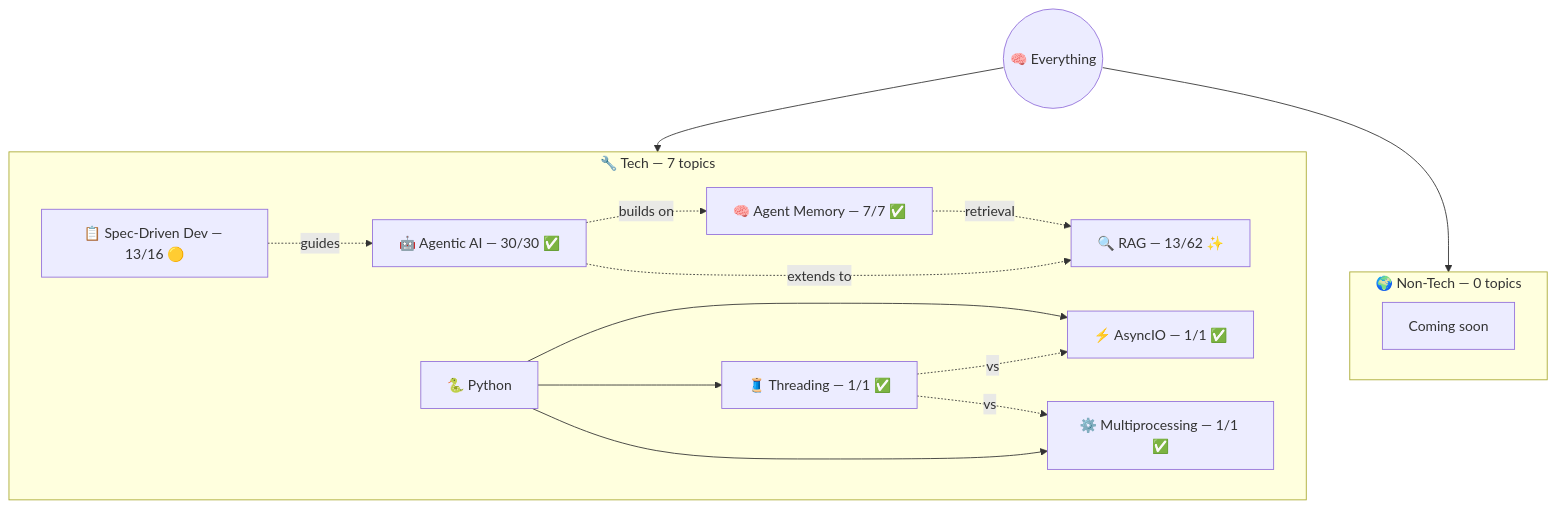
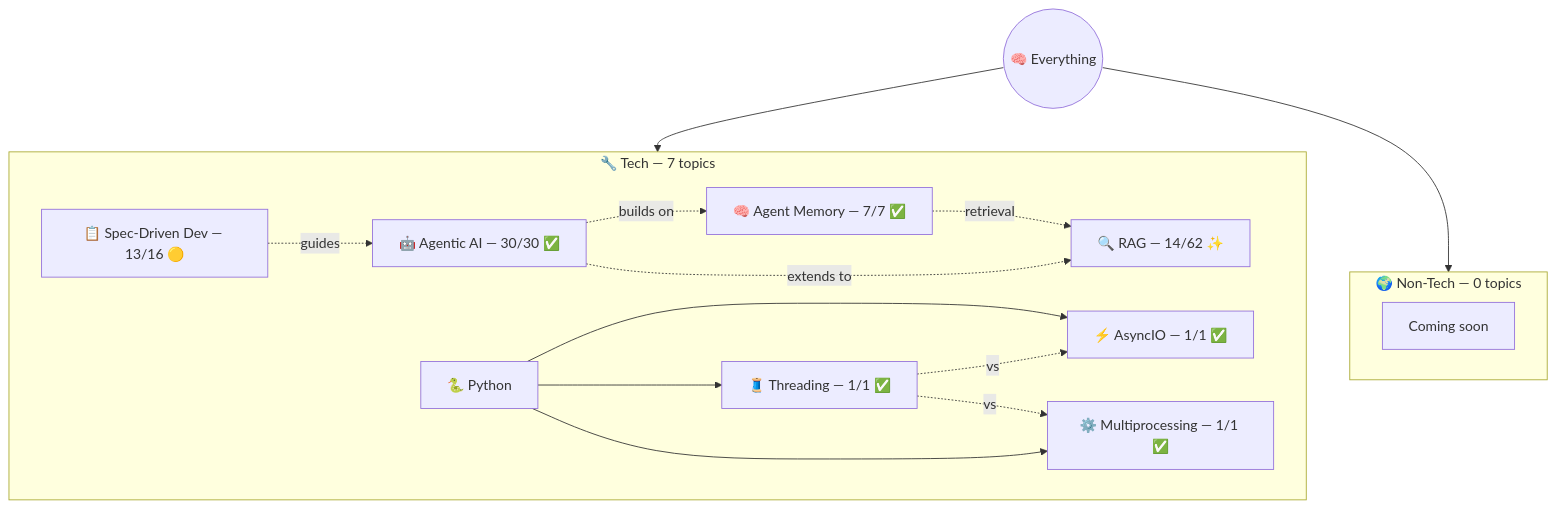
The diagram in _maps/everything.md (AyushSonuu/my-memory), drawn with Mermaid before and after one commit. The commit also changed other lines of this file and 7 other files, not shown here.

````diff
--- a/_maps/everything.md
+++ b/_maps/everything.md
@@ -5,28 +5,28 @@
 ```mermaid
 graph TB
     ROOT(("🧠 Everything"))
     
     subgraph TECH ["🔧 Tech — 7 topics"]
         AG["🤖 Agentic AI — 30/30 ✅"]
         AM["🧠 Agent Memory — 7/7 ✅"]
-        RAG["🔍 RAG — 13/62 ✨"]
+        RAG["🔍 RAG — 14/62 ✨"]
         SDD["📋 Spec-Driven Dev — 13/16 🟡"]
         PY["🐍 Python"]
         PY --> AIO["⚡ AsyncIO — 1/1 ✅"]
         PY --> THR["🧵 Threading — 1/1 ✅"]
         PY --> MP["⚙️ Multiprocessing — 1/1 ✅"]
         AG -.->|"builds on"| AM
         AM -.->|"retrieval"| RAG
         AG -.->|"extends to"| RAG
         SDD -.->|"guides"| AG
         THR -.->|"vs"| AIO
         THR -.->|"vs"| MP
     end
 
     subgraph NT ["🌍 Non-Tech — 0 topics"]
         NTE["Coming soon"]
     end
 
     ROOT --> TECH
     ROOT --> NT
 ```
````
